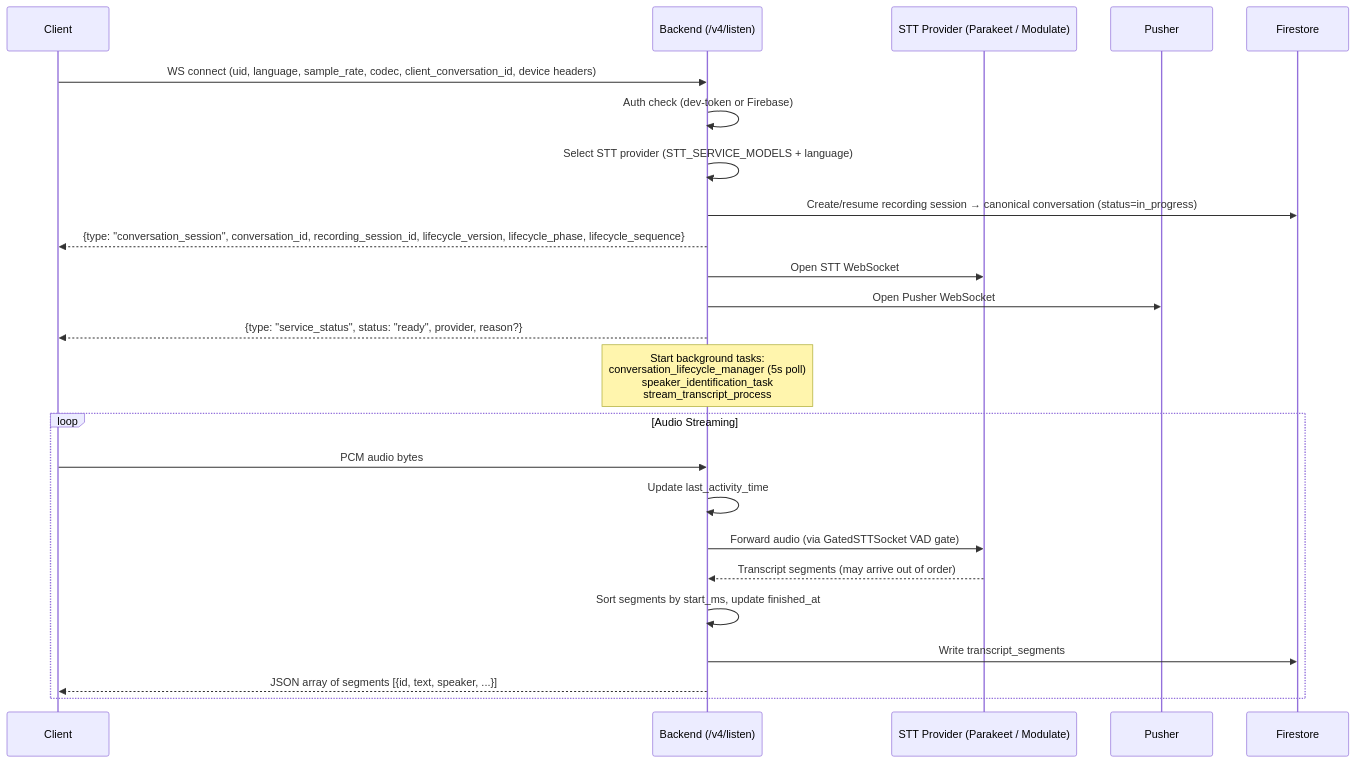
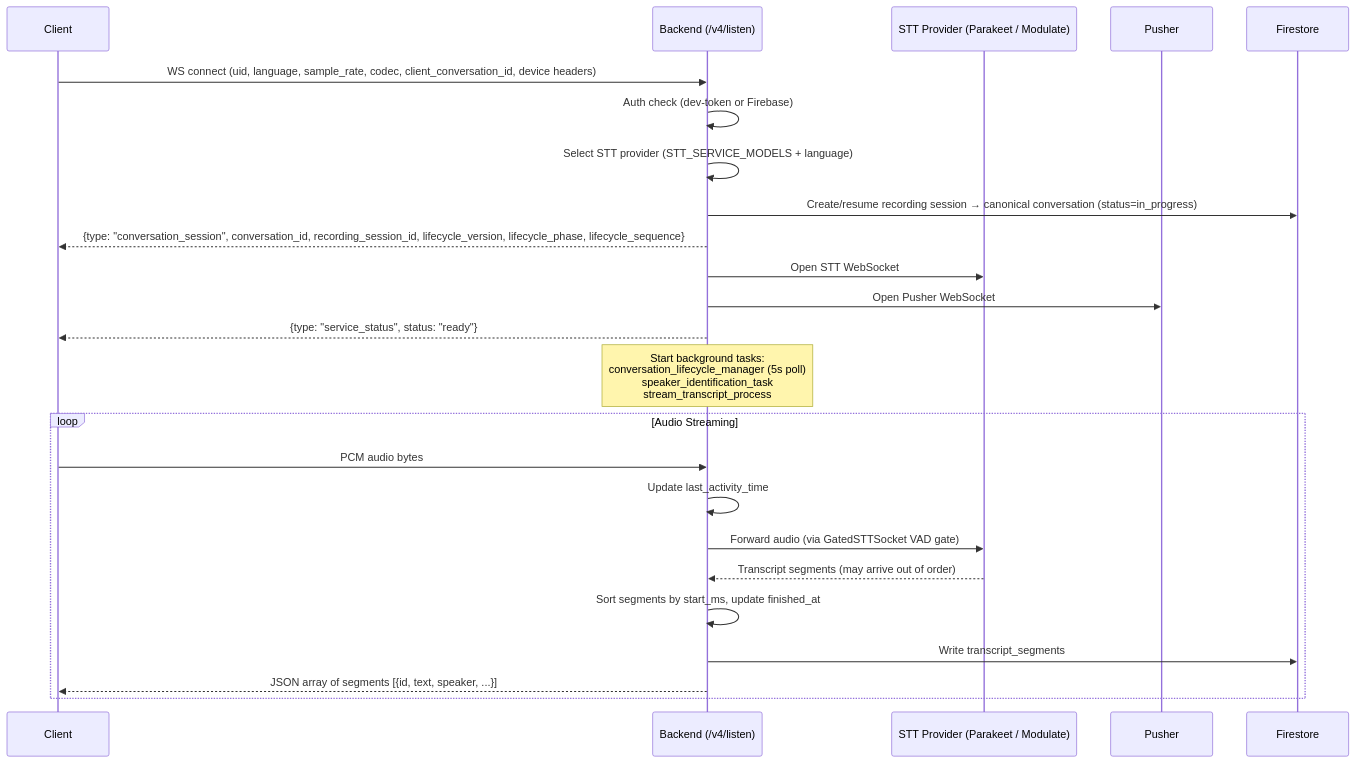
The first of 8 diagrams in docs/doc/developer/backend/listen_pusher_pipeline.mdx (BasedHardware/omi), drawn with Mermaid before and after one commit. The commit also changed other lines of this file and 3305 other files, not shown here.

````diff
--- a/docs/doc/developer/backend/listen_pusher_pipeline.mdx
+++ b/docs/doc/developer/backend/listen_pusher_pipeline.mdx
@@ -151,29 +110,29 @@
 ```mermaid
 sequenceDiagram
     participant Client
     participant Backend as Backend (/v4/listen)
     participant STT as STT Provider (Parakeet / Modulate)
     participant Pusher
     participant Firestore
 
     Client->>Backend: WS connect (uid, language, sample_rate, codec, client_conversation_id, device headers)
     Backend->>Backend: Auth check (dev-token or Firebase)
     Backend->>Backend: Select STT provider (STT_SERVICE_MODELS + language)
     Backend->>Firestore: Create/resume recording session → canonical conversation (status=in_progress)
     Backend-->>Client: {type: "conversation_session", conversation_id, recording_session_id, lifecycle_version, lifecycle_phase, lifecycle_sequence}
     Backend->>STT: Open STT WebSocket
     Backend->>Pusher: Open Pusher WebSocket
-    Backend-->>Client: {type: "service_status", status: "ready", provider, reason?}
+    Backend-->>Client: {type: "service_status", status: "ready"}
 
     Note over Backend: Start background tasks:<br/>conversation_lifecycle_manager (5s poll)<br/>speaker_identification_task<br/>stream_transcript_process
 
     loop Audio Streaming
         Client->>Backend: PCM audio bytes
         Backend->>Backend: Update last_activity_time
         Backend->>STT: Forward audio (via GatedSTTSocket VAD gate)
         STT-->>Backend: Transcript segments (may arrive out of order)
         Backend->>Backend: Sort segments by start_ms, update finished_at
         Backend->>Firestore: Write transcript_segments
         Backend-->>Client: JSON array of segments [{id, text, speaker, ...}]
     end
 ```
````
